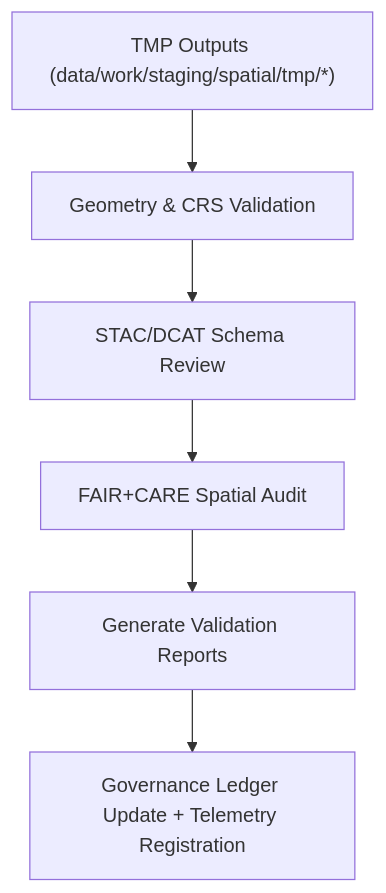
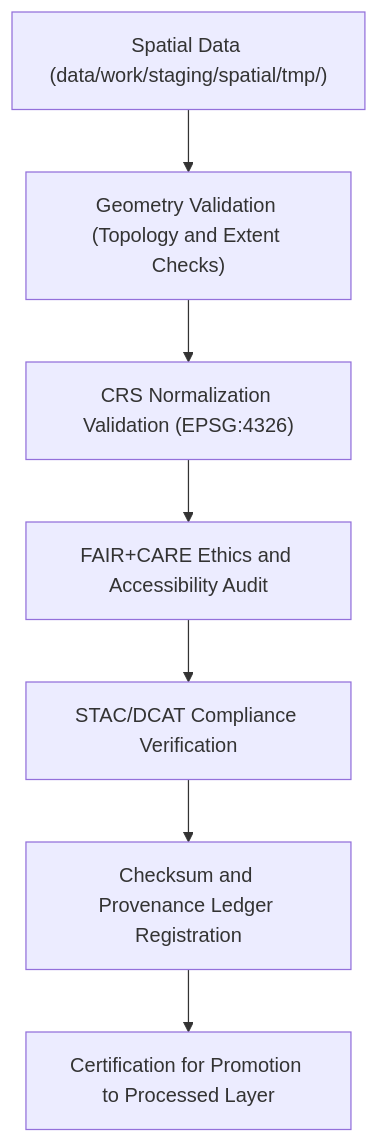
The diagram in data/work/staging/spatial/validation/README.md (bartytime4life/Kansas-Frontier-Matrix), drawn with Mermaid before and after one commit. The commit also changed other lines of this file, not shown here.

````diff
--- a/data/work/staging/spatial/validation/README.md
+++ b/data/work/staging/spatial/validation/README.md
@@ -69,8 +63,9 @@
 ```mermaid
 flowchart TD
-    A["TMP Outputs (data/work/staging/spatial/tmp/*)"] --> B["Geometry & CRS Validation"]
-    B --> C["STAC/DCAT Schema Review"]
-    C --> D["FAIR+CARE Spatial Audit"]
-    D --> E["Generate Validation Reports"]
-    E --> F["Governance Ledger Update + Telemetry Registration"]
+    A["Spatial Data (data/work/staging/spatial/tmp/)"] --> B["Geometry Validation (Topology and Extent Checks)"]
+    B --> C["CRS Normalization Validation (EPSG:4326)"]
+    C --> D["FAIR+CARE Ethics and Accessibility Audit"]
+    D --> E["STAC/DCAT Compliance Verification"]
+    E --> F["Checksum and Provenance Ledger Registration"]
+    F --> G["Certification for Promotion to Processed Layer"]
 ```
````
